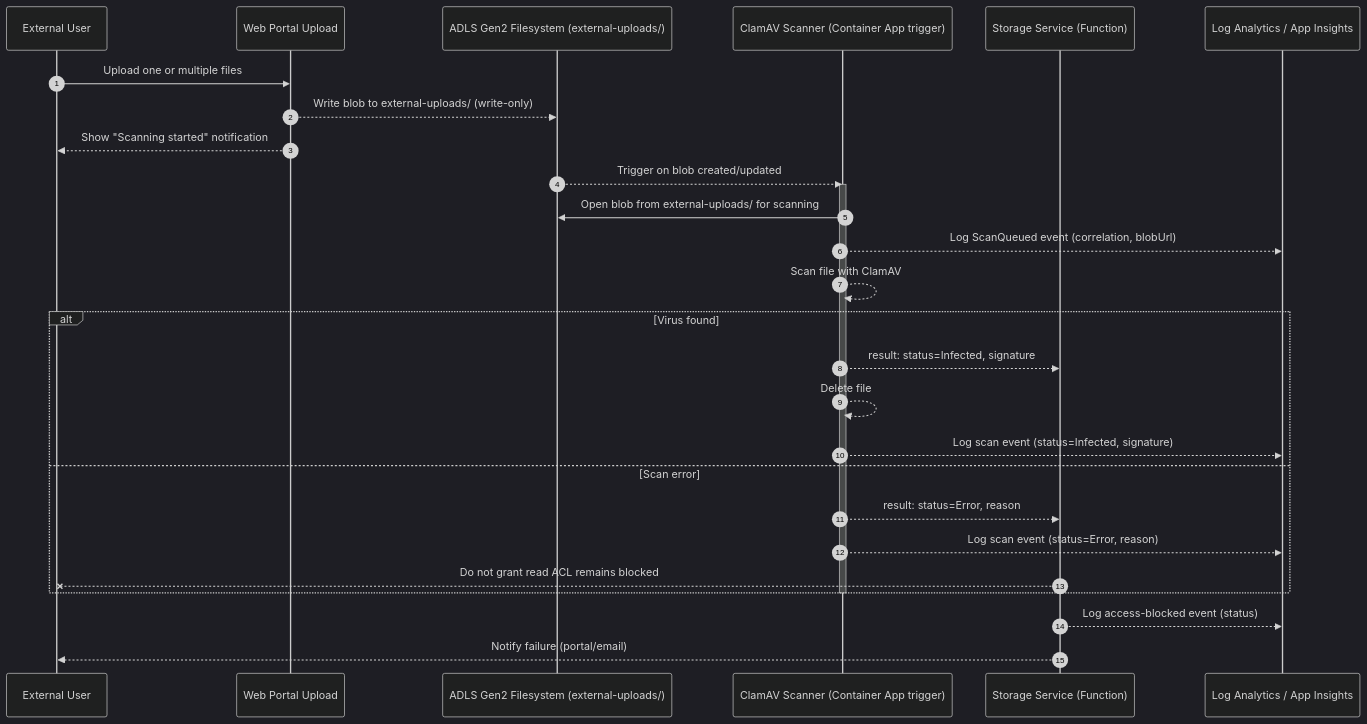
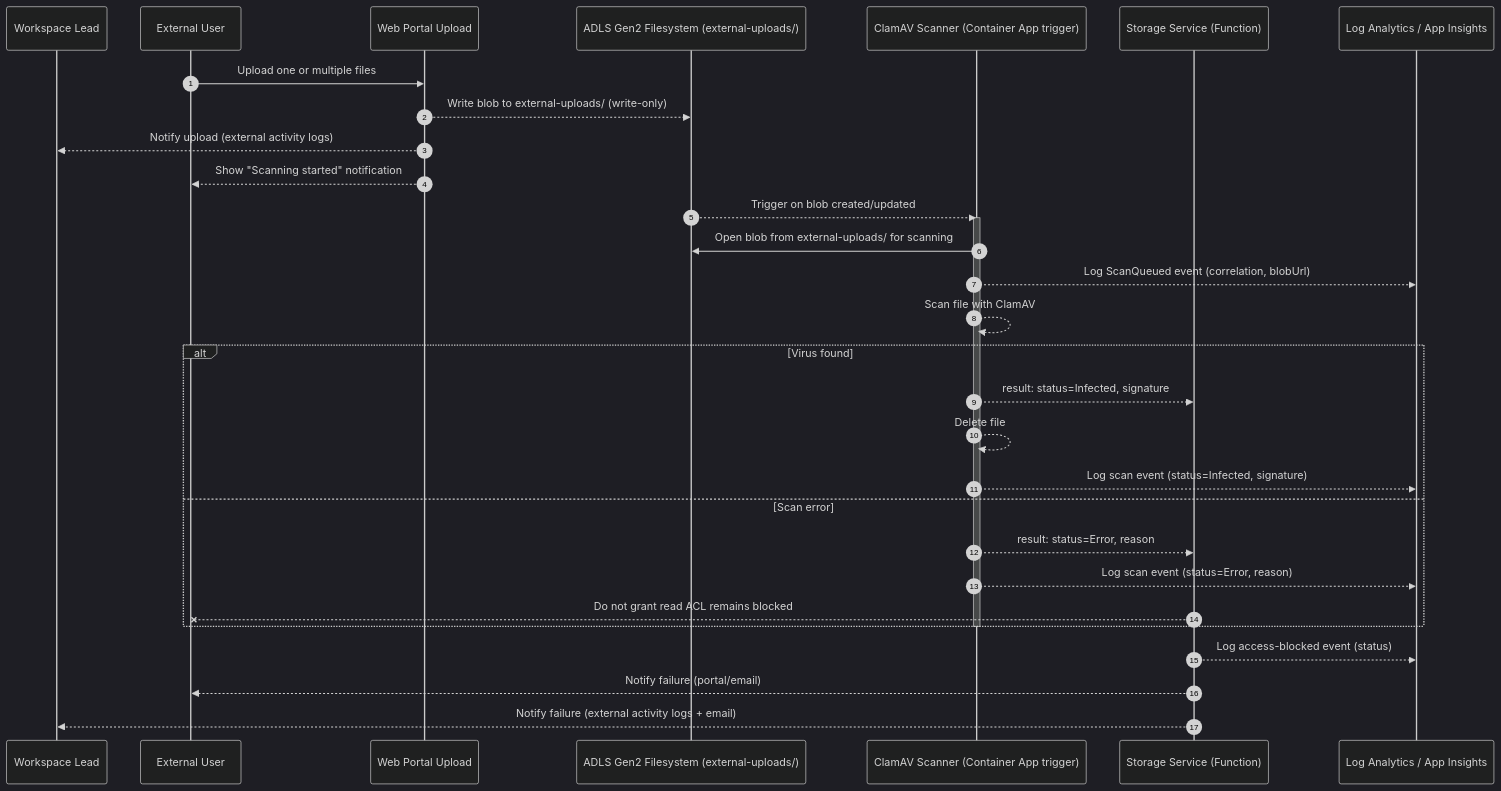
Before and after one commit to ssc-sp/datahub-docs: the second of 2 diagrams in DeveloperGuide/ClamAV/clamav-ACLs.md, drawn with Mermaid (dark theme). The commit also changed other lines of this file, not shown here.

Commit message:
Update sequence diagrams for ClamAV ACLs
Adds Workspace Lead

````diff
--- a/DeveloperGuide/ClamAV/clamav-ACLs.md
+++ b/DeveloperGuide/ClamAV/clamav-ACLs.md
@@ -58,31 +61,34 @@
 ```mermaid
 sequenceDiagram
 autonumber
+participant WL as Workspace Lead
 participant U as External User
 participant UC as Web Portal Upload
 participant FS as ADLS Gen2 Filesystem (external-uploads/)
 participant AV as ClamAV Scanner (Container App trigger)
 participant AS as Storage Service (Function)
 participant L as Log Analytics / App Insights
 
 U->>UC: Upload one or multiple files
 UC-->>FS: Write blob to external-uploads/ (write-only)
+UC-->>WL: Notify upload (external activity logs)
 UC-->>U: Show "Scanning started" notification
 FS-->>AV: Trigger on blob created/updated
 activate AV
 AV->>FS: Open blob from external-uploads/ for scanning
 AV-->>L: Log ScanQueued event (correlation, blobUrl)
 AV-->>AV: Scan file with ClamAV
 alt Virus found
   AV-->>AS: result: status=Infected, signature
   AV-->>AV: Delete file
   AV-->>L: Log scan event (status=Infected, signature)
 else Scan error
   AV-->>AS: result: status=Error, reason
   AV-->>L: Log scan event (status=Error, reason)
   AS--x U: Do not grant read ACL remains blocked
 end
 deactivate AV
 AS-->>L: Log access-blocked event (status)
 AS-->>U: Notify failure (portal/email)
+AS-->>WL: Notify failure (external activity logs + email)
 ```
````
